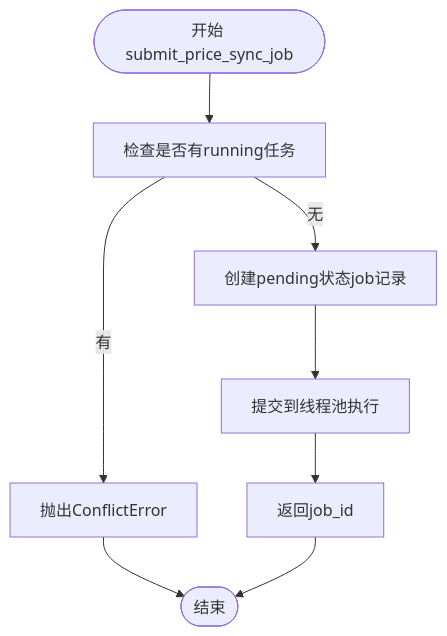
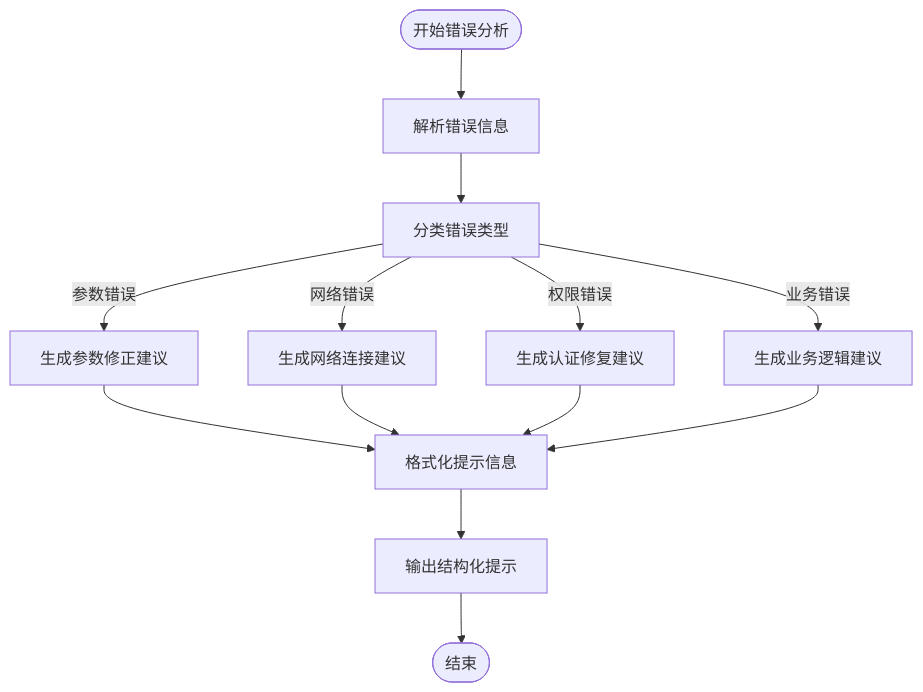
One commit to gujialind/InvestRing changed the fourth of 5 diagrams in .qoder/repowiki/zh/content/开发指南/InvestRing Admin CLI 工具.md. Above: the diagram before and after it, drawn with Mermaid. The commit also changed other lines of this file and 8 other files, not shown here.

````diff
--- a/.qoder/repowiki/zh/content/开发指南/InvestRing Admin CLI 工具.md
+++ b/.qoder/repowiki/zh/content/开发指南/InvestRing Admin CLI 工具.md
@@ -565,10 +201,15 @@
 ```mermaid
 flowchart TD
-Start(["开始 submit_price_sync_job"]) --> CheckRunning["检查是否有running任务"]
-CheckRunning --> |有| ThrowConflict["抛出ConflictError"]
-CheckRunning --> |无| CreateJob["创建pending状态job记录"]
-CreateJob --> SubmitExecutor["提交到线程池执行"]
-SubmitExecutor --> ReturnJobId["返回job_id"]
-ThrowConflict --> End(["结束"])
-ReturnJobId --> End
+Start(["开始错误分析"]) --> ParseError["解析错误信息"]
+ParseError --> Classify["分类错误类型"]
+Classify --> |参数错误| ParamHint["生成参数修正建议"]
+Classify --> |网络错误| NetworkHint["生成网络连接建议"]
+Classify --> |权限错误| AuthHint["生成认证修复建议"]
+Classify --> |业务错误| BizHint["生成业务逻辑建议"]
+ParamHint --> Format["格式化提示信息"]
+NetworkHint --> Format
+AuthHint --> Format
+BizHint --> Format
+Format --> Output["输出结构化提示"]
+Output --> End(["结束"])
 ```
````
